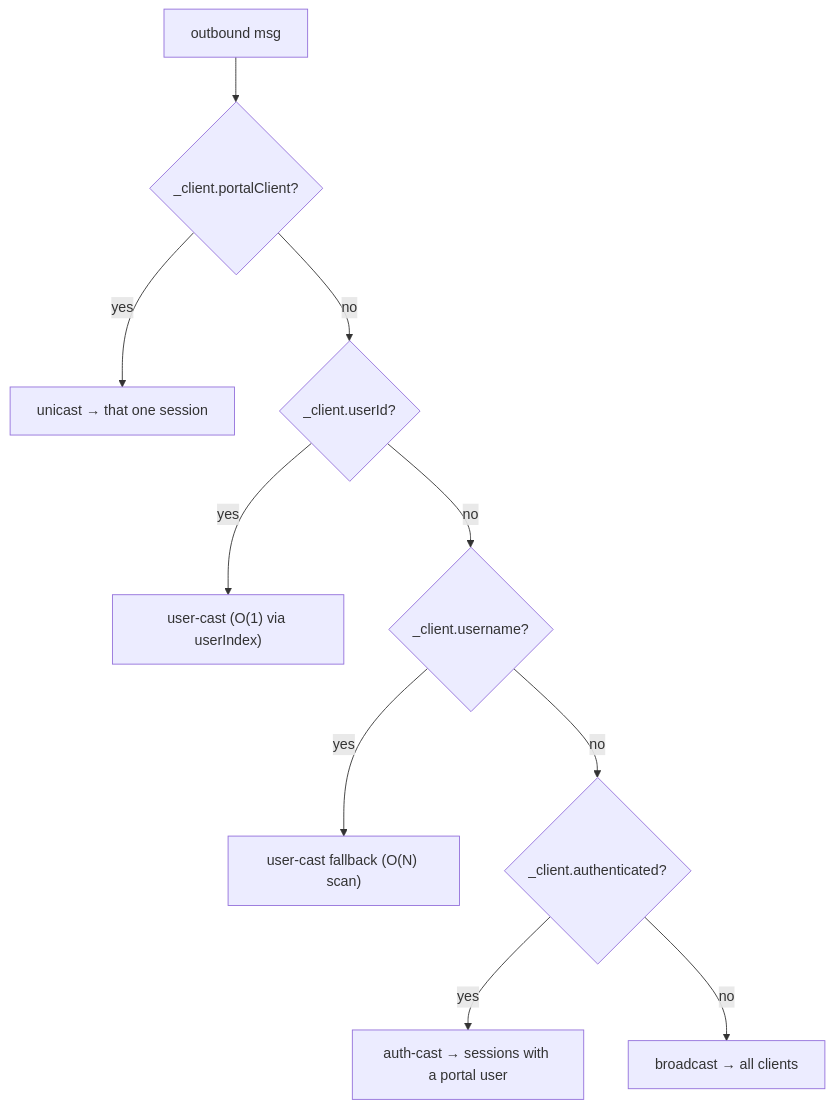
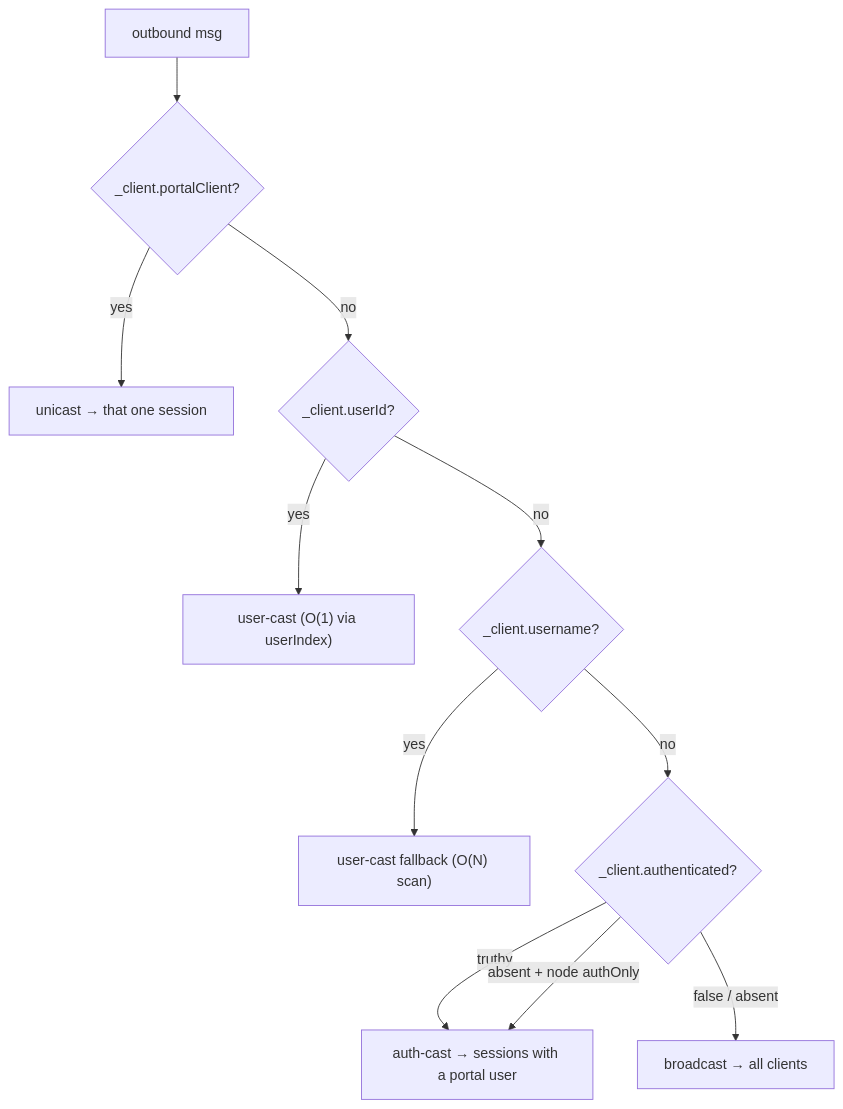
Before and after one commit to Aaqu/fromcubes-portal-react: the eighth of 8 diagrams in README-DEV.md, drawn with Mermaid. The commit also changed other lines of this file and 6 other files, not shown here.

First line of the commit message:
feat: authenticated-only delivery, auth_required frame for anonymous sessions

````diff
--- a/README-DEV.md
+++ b/README-DEV.md
@@ -436,12 +438,13 @@
 ```mermaid
 flowchart TD
   M["outbound msg"] --> Q1{"_client.portalClient?"}
   Q1 -->|yes| U["unicast → that one session"]
   Q1 -->|no| Q2{"_client.userId?"}
   Q2 -->|yes| UC["user-cast (O(1) via userIndex)"]
   Q2 -->|no| Q3{"_client.username?"}
   Q3 -->|yes| UCN["user-cast fallback (O(N) scan)"]
   Q3 -->|no| Q4{"_client.authenticated?"}
-  Q4 -->|yes| AC["auth-cast → sessions with a portal user"]
-  Q4 -->|no| BC["broadcast → all clients"]
+  Q4 -->|truthy| AC["auth-cast → sessions with a portal user"]
+  Q4 -->|"absent + node authOnly"| AC
+  Q4 -->|"false / absent"| BC["broadcast → all clients"]
 ```
````
